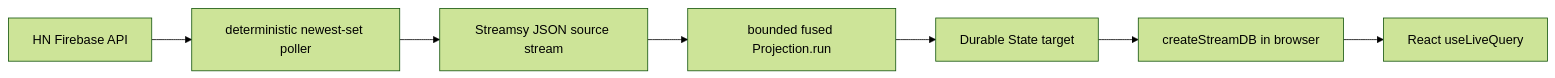
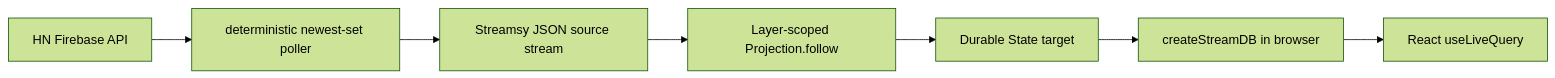
The diagram in examples/hackernews-newest-stream/README.md (gingerhendrix/streamsy), drawn with Mermaid (forest theme) before and after one commit. The commit also changed other lines of this file and 3 other files, not shown here.

````diff
--- a/examples/hackernews-newest-stream/README.md
+++ b/examples/hackernews-newest-stream/README.md
@@ -9,9 +10,9 @@
 ```mermaid
 flowchart LR
   HN[HN Firebase API] --> Poller[deterministic newest-set poller]
   Poller --> Source[Streamsy JSON source stream]
-  Source --> Projection[bounded fused Projection.run]
+  Source --> Projection[Layer-scoped Projection.follow]
   Projection --> Target[Durable State target]
   Target --> ClientDB[createStreamDB in browser]
   ClientDB --> React[React useLiveQuery]
 ```
````
